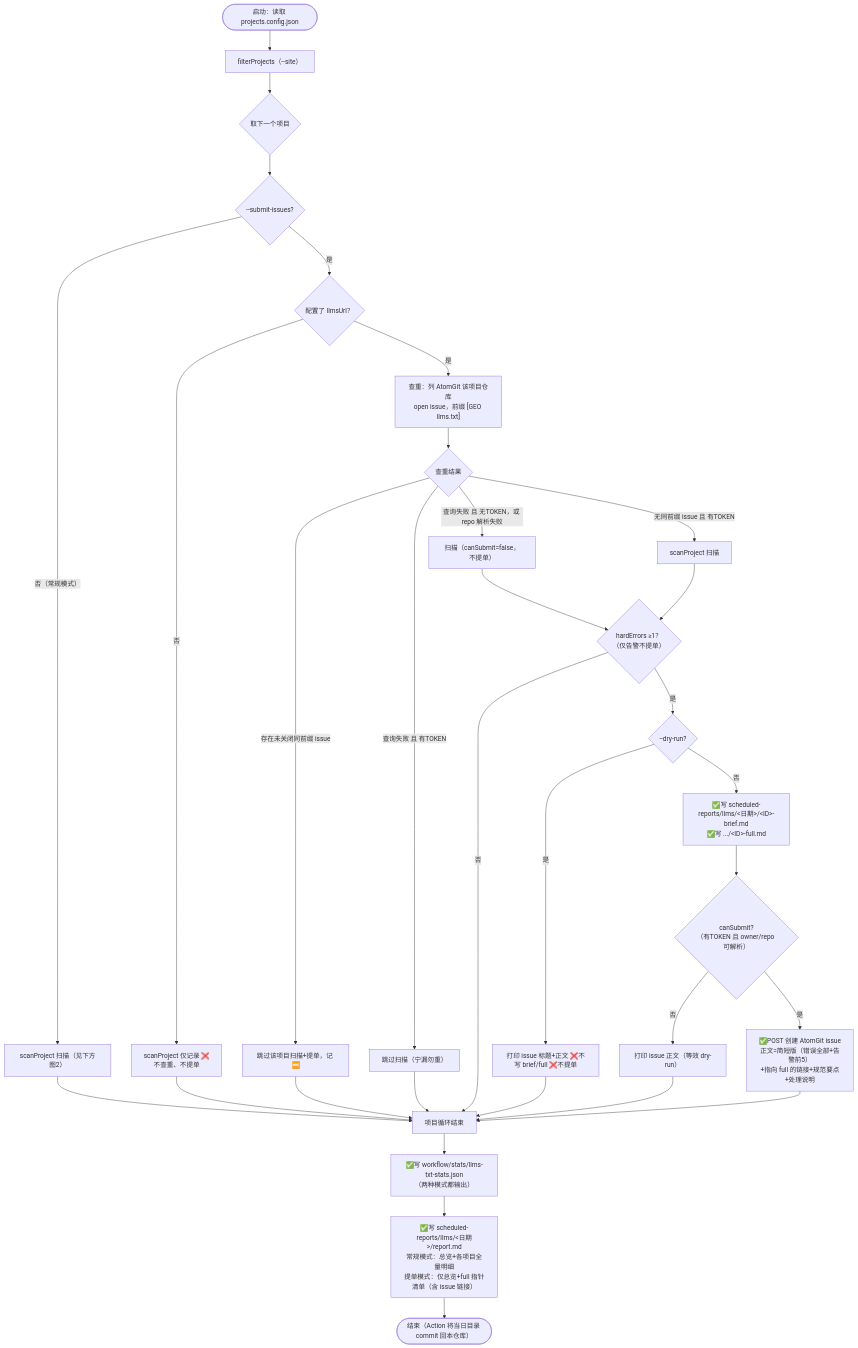
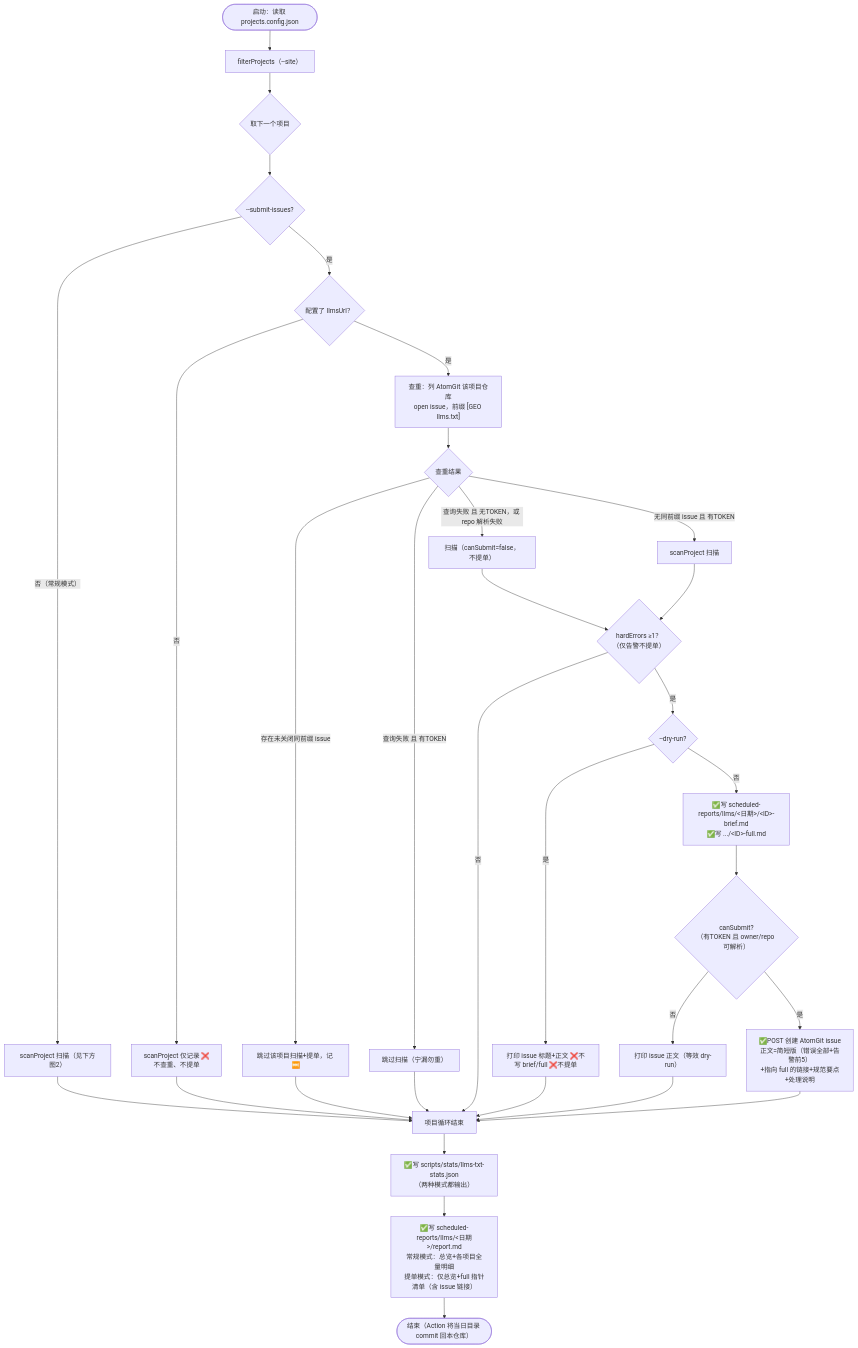
Before and after one commit to opensourceways/daily-check-workflow: the first of 2 diagrams in measures/02-llms-txt/工具与脚本.md, drawn with Mermaid. The commit also changed other lines of this file and 65 other files, not shown here.

Commit message:
refactor: workflow/ 更名为 scripts/、检查脚本移至 scripts/checks/，package.json/pnpm-lock.yaml 上移仓库根作为 Node 项目根，同步更新 Actions、看板、文档与 skill 中的路径

````diff
--- a/measures/02-llms-txt/工具与脚本.md
+++ b/measures/02-llms-txt/工具与脚本.md
@@ -60,37 +60,37 @@
 ```mermaid
 flowchart TD
     S(["启动：读取 projects.config.json"]) --> FLT["filterProjects（--site）"]
     FLT --> LOOP{"取下一个项目"}
     LOOP --> MODE{"--submit-issues?"}
 
     MODE -->|"否（常规模式）"| SCAN["scanProject 扫描（见下方图2）"]
     SCAN --> LOOP2["项目循环结束"]
 
     MODE -->|"是"| CONF{"配置了 llmsUrl？"}
     CONF -->|"否"| SCANC["scanProject 仅记录 ❌<br/>不查重、不提单"]
     SCANC --> LOOP2
     CONF -->|"是"| PRE["查重：列 AtomGit 该项目仓库<br/>open issue，前缀 [GEO llms.txt]"]
     PRE --> PR{"查重结果"}
     PR -->|"存在未关闭同前缀 issue"| SKIP["跳过该项目扫描+提单，记 ⏭️"]
     PR -->|"查询失败 且 有TOKEN"| SKIP2["跳过扫描（宁漏勿重）"]
     PR -->|"查询失败 且 无TOKEN，或 repo 解析失败"| SCAN2["扫描（canSubmit=false，不提单）"]
     PR -->|"无同前缀 issue 且 有TOKEN"| SCAN3["scanProject 扫描"]
     SCAN2 --> HIT
     SCAN3 --> HIT{"hardErrors ≥1？<br/>（仅告警不提单）"}
     HIT -->|"否"| LOOP2
     HIT -->|"是"| DR{"--dry-run?"}
     DR -->|"是"| P1["打印 issue 标题+正文 ❌不写 brief/full ❌不提单"]
     DR -->|"否"| BF["✅写 scheduled-reports/llms/&lt;日期&gt;/&lt;ID&gt;-brief.md<br/>✅写 .../&lt;ID&gt;-full.md"]
     BF --> CS{"canSubmit?<br/>（有TOKEN 且 owner/repo 可解析）"}
     CS -->|"否"| P2["打印 issue 正文（等效 dry-run）"]
     CS -->|"是"| ISSUE["✅POST 创建 AtomGit issue<br/>正文=简短版（错误全部+告警前5）<br/>+指向 full 的链接+规范要点+处理说明"]
 
     SKIP --> LOOP2
     SKIP2 --> LOOP2
     P1 --> LOOP2
     P2 --> LOOP2
     ISSUE --> LOOP2
-    LOOP2 --> STATS["✅写 workflow/stats/llms-txt-stats.json<br/>（两种模式都输出）"]
+    LOOP2 --> STATS["✅写 scripts/stats/llms-txt-stats.json<br/>（两种模式都输出）"]
     STATS --> RPT["✅写 scheduled-reports/llms/&lt;日期&gt;/report.md<br/>常规模式：总览+各项目全量明细<br/>提单模式：仅总览+full 指针清单（含 issue 链接）"]
     RPT --> END(["结束（Action 将当日目录 commit 回本仓库）"])
 ```
````
